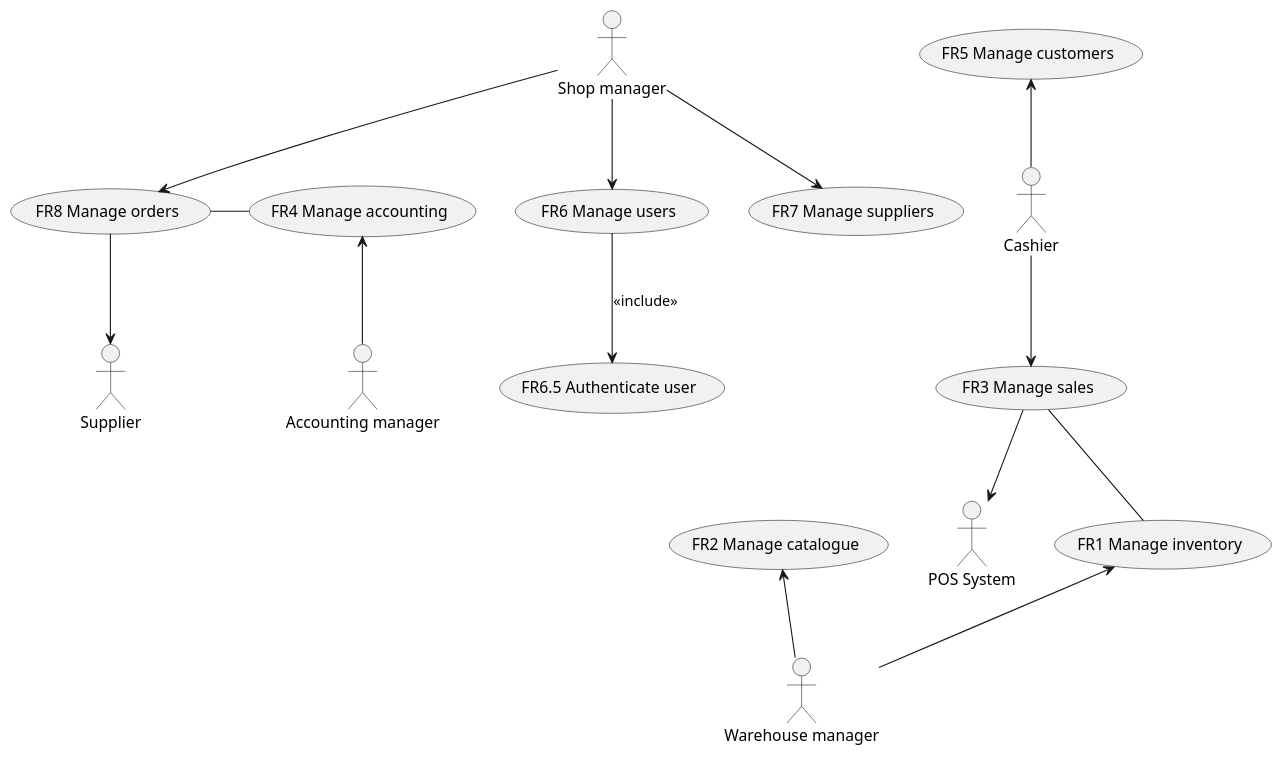
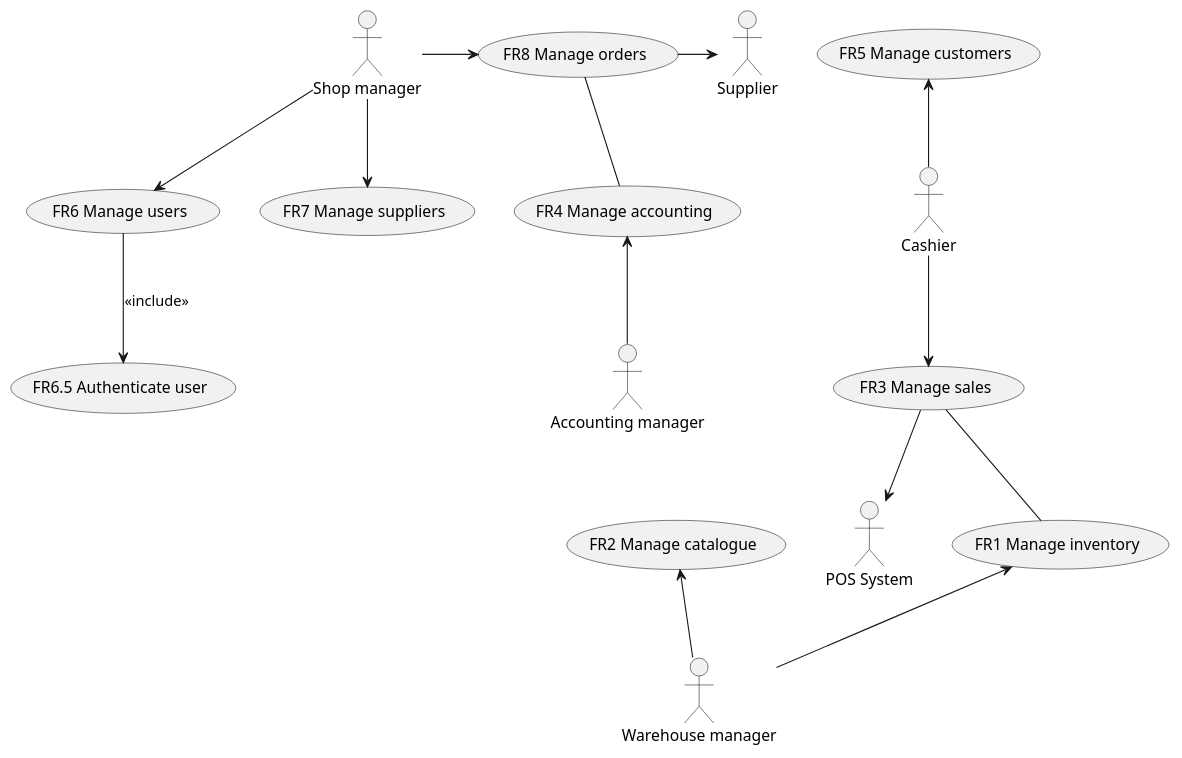
One commit to BMike10/EzShop changed the second of 5 diagrams in Deliverables/RequirementsDocument.md. Above: the diagram before and after it, drawn with PlantUML. The commit also changed other lines of this file and 2 other files, not shown here.

```diff
--- a/Deliverables/RequirementsDocument.md
+++ b/Deliverables/RequirementsDocument.md
@@ -217,46 +221,46 @@
 	@startuml usecase_diagram
 		' actors
 		actor :Shop manager: as sm
 		actor :Cashier: as cr
 		actor :Accounting manager: as am
 		actor :Warehouse manager: as wm
 		actor :Supplier: as s
 		actor :POS System: as ccs
 		' use cases
 		usecase "FR1 Manage inventory" as mi
 		usecase "FR2 Manage catalogue" as mca
 		usecase "FR3 Manage sales" as ms
 		usecase "FR4 Manage accounting" as ma
 		usecase "FR5 Manage customers" as mc
 		usecase "FR6 Manage users" as mu
 		usecase "FR7 Manage suppliers" as msu
 		usecase "FR8 Manage orders" as mo
 		usecase "FR6.5 Authenticate user" as mua		
 
 		' associations
 		mu --> mua: <<include>>
 		ms -- mi
-		mo - ma
+		mo -- ma
 		' shop manager 
 		sm --> mu
 		' sm --> ma
 		' sm --> mi
 		' sm --> mc
 		' sm --> ms
 		sm --> msu
-		sm --> mo
+		sm -> mo
 		' sm --> mca
 		' accounting manager
 		ma <-- am
 		' cashier
 		' mi <-- cr
 		cr --> ms
 		mc <-- cr
 		' POS system
 		ms --> ccs
 		' warehouse manager
 		mi <-- wm
 		mca <-- wm
 		' supplier 
-		mo --> s
+		mo -> s
 	@enduml
```
